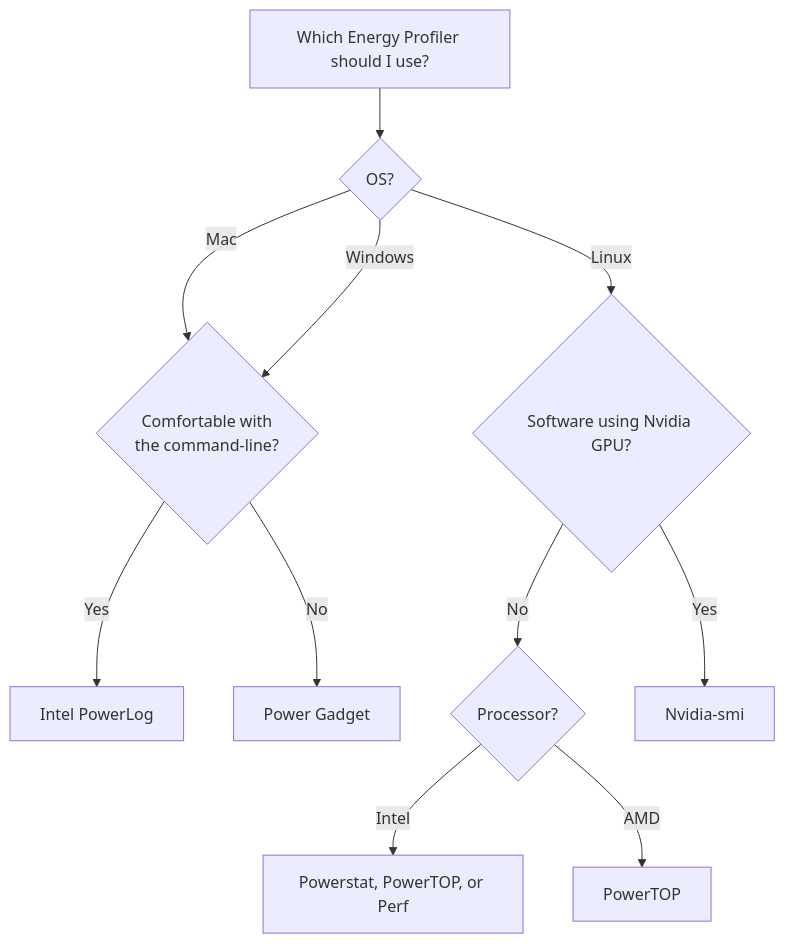
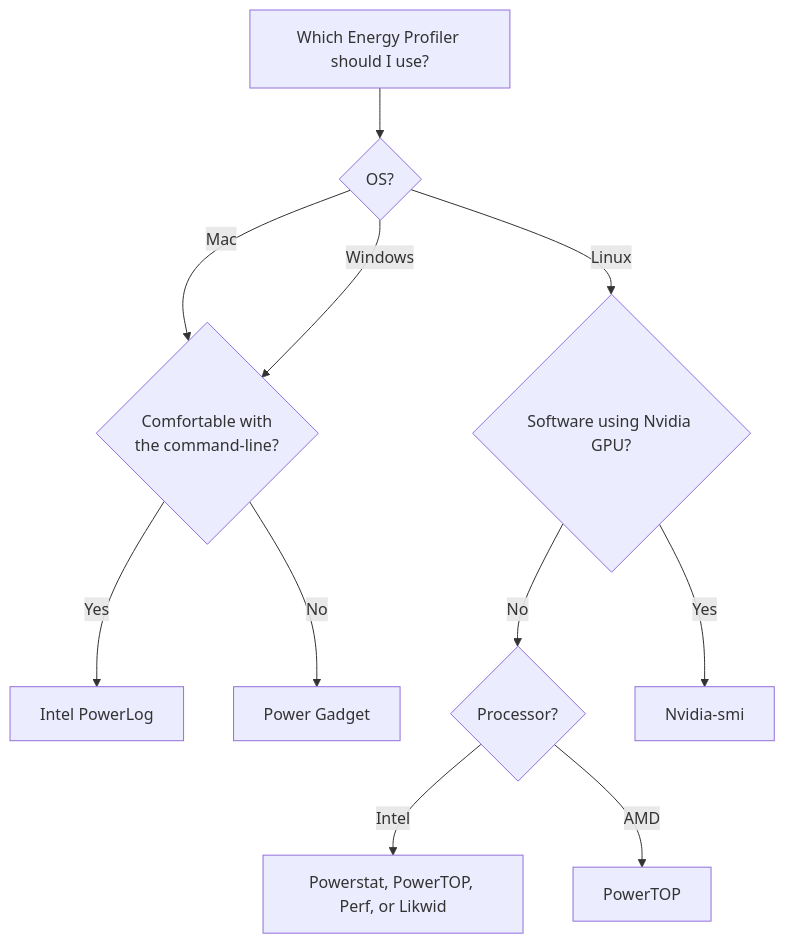
The diagram in _posts/2021-07-20-measuring-energy.md (luiscruz/luiscruz.github.io), drawn with Mermaid before and after one commit. The commit also changed other lines of this file, not shown here.

Commit message:
Add Likwid to energy measurements post

```diff
--- a/_posts/2021-07-20-measuring-energy.md
+++ b/_posts/2021-07-20-measuring-energy.md
@@ -356,13 +412,13 @@
 <div class="mermaid">
 graph TD
 A[Which Energy Profiler should I use?] --> C{OS?}
 C -->|Mac| D{Comfortable with<br/> the command-line?}
 D -->|Yes| DY[Intel PowerLog]
 D -->|No| DN[Power Gadget]
 C -->|Linux| CA{Software using Nvidia GPU?}
 CA -->|No| E{Processor?}
-E -->|Intel| F[Powerstat, PowerTOP, or Perf]
+E -->|Intel| F[Powerstat, PowerTOP, Perf, or Likwid]
 E -->|AMD| PowerTOP
 CA -->|Yes| Nvidia-smi
 C -->|Windows| D
 </div>
```
